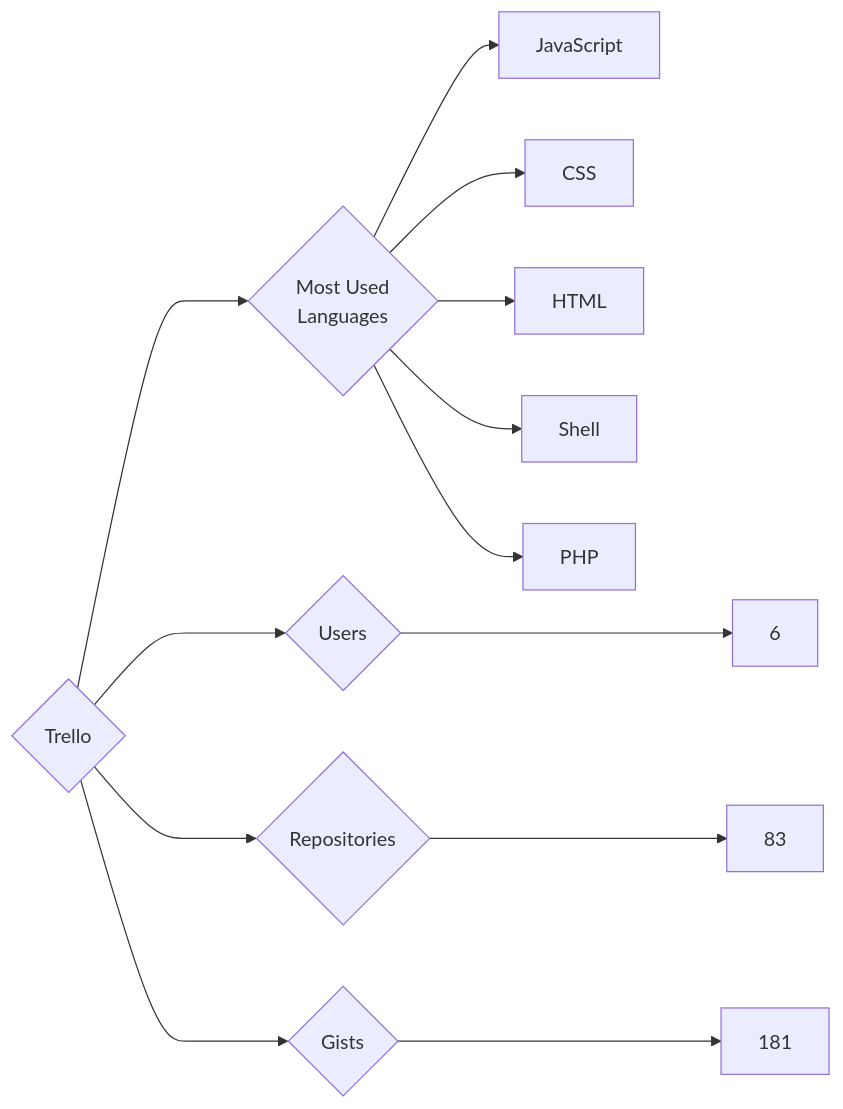
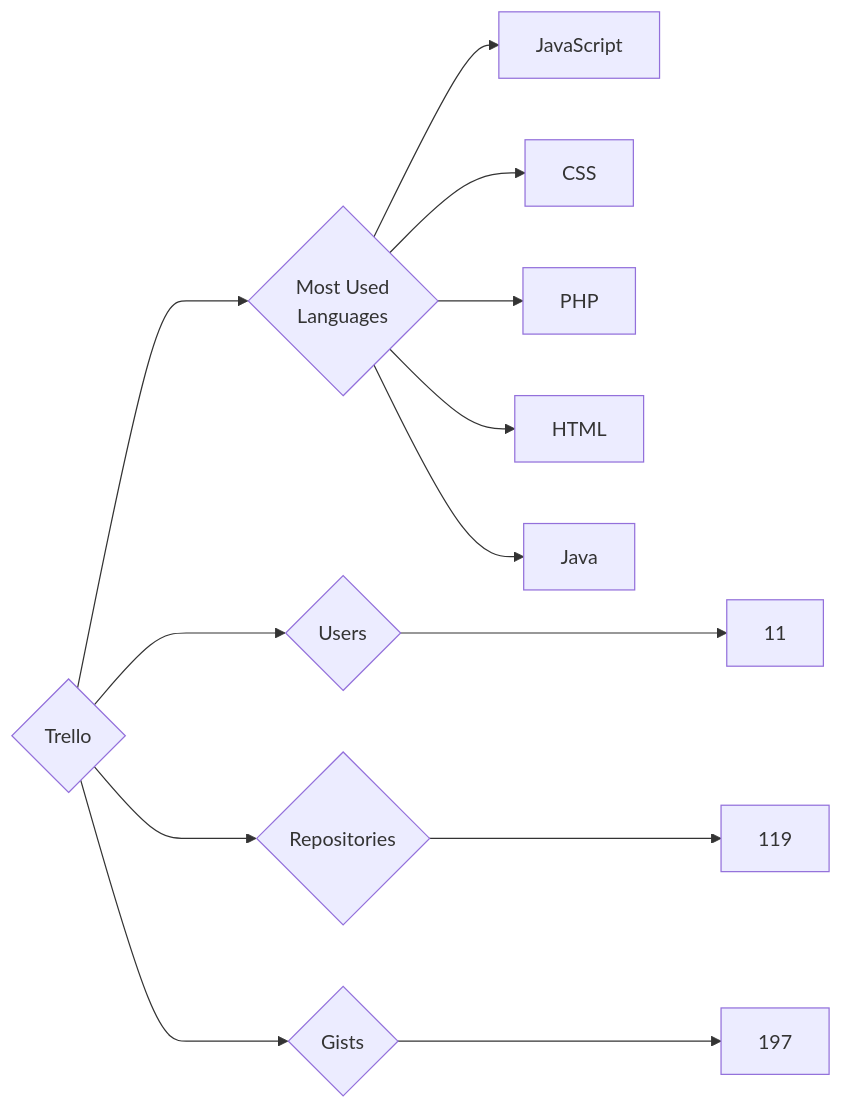
The diagram in targets/Trello/README.md (trickest/insiders), drawn with Mermaid before and after one commit. The commit also changed 806 other files, not shown here.

````diff
--- a/targets/Trello/README.md
+++ b/targets/Trello/README.md
@@ -3,13 +3,13 @@
 ```mermaid
 graph LR
 COMPANY_NAME{Trello}
-COMPANY_NAME ---> U{Users} ---> UN[6]
-COMPANY_NAME ---> R{Repositories} ---> RN[83]
-COMPANY_NAME ---> G{Gists} ---> GN[181]
+COMPANY_NAME ---> U{Users} ---> UN[11]
+COMPANY_NAME ---> R{Repositories} ---> RN[119]
+COMPANY_NAME ---> G{Gists} ---> GN[197]
 COMPANY_NAME ---> ML{Most Used<br>Languages}
 ML --> JavaScript[JavaScript]
 ML --> CSS[CSS]
+ML --> PHP[PHP]
 ML --> HTML[HTML]
-ML --> Shell[Shell]
-ML --> PHP[PHP]
+ML --> Java[Java]
 ```
````
